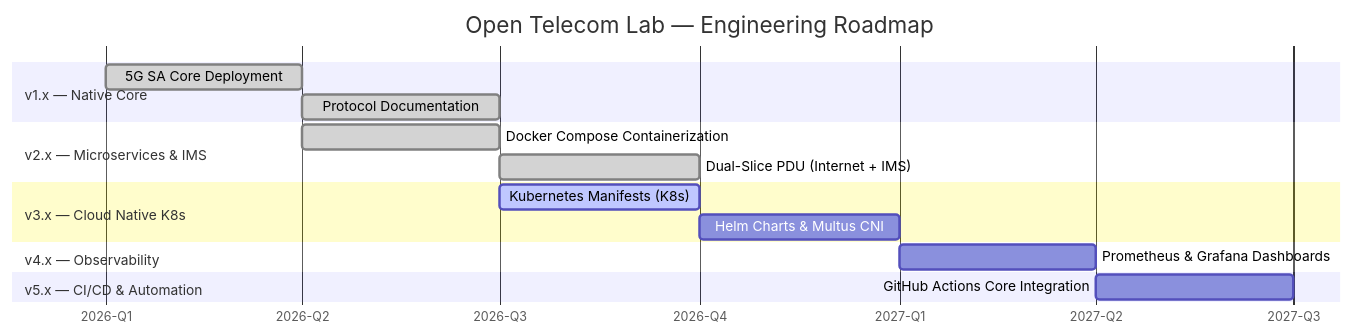
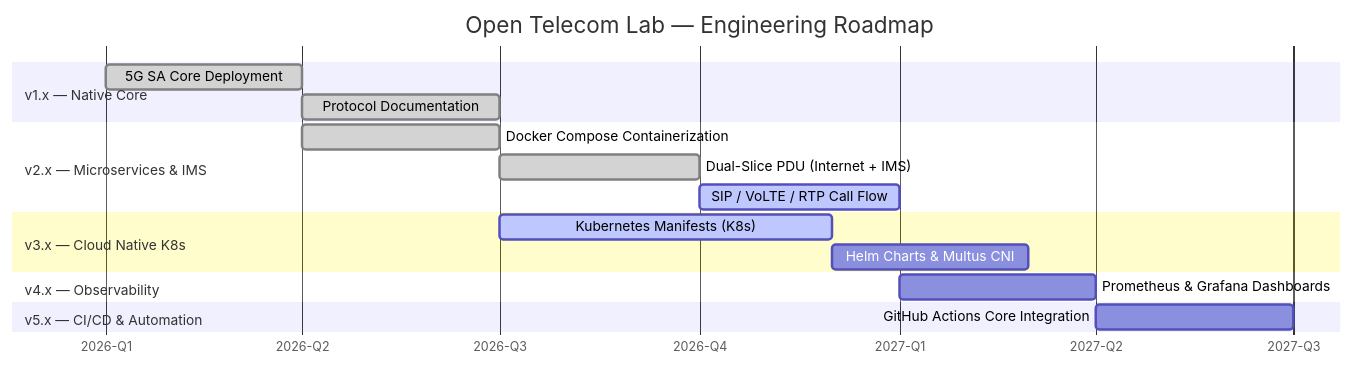
One commit to khattabpi/Open-Telecom-Lab changed the third of 3 diagrams in README.md. Above: the diagram before and after it, drawn with Mermaid. The commit also changed other lines of this file, not shown here.

First line of the commit message:
Revise README for architecture and documentation updates

````diff
--- a/README.md
+++ b/README.md
@@ -247,24 +623,25 @@
 ```mermaid
 gantt
     title Open Telecom Lab — Engineering Roadmap
     dateFormat YYYY-MM-DD
     axisFormat %Y-Q%q
 
     section v1.x — Native Core
     5G SA Core Deployment           :done,    v1a, 2026-01-01, 2026-04-01
     Protocol Documentation          :done,    v1b, 2026-04-01, 2026-07-01
 
     section v2.x — Microservices & IMS
     Docker Compose Containerization :done,    v2a, 2026-04-01, 2026-07-01
     Dual-Slice PDU (Internet + IMS) :done,    v2b, 2026-07-01, 2026-10-01
+    SIP / VoLTE / RTP Call Flow     :active,  v2c, 2026-10-01, 2027-01-01
 
     section v3.x — Cloud Native K8s
-    Kubernetes Manifests (K8s)      :active,  v3a, 2026-07-01, 2026-10-01
-    Helm Charts & Multus CNI        :         v3b, 2026-10-01, 2027-01-01
+    Kubernetes Manifests (K8s)      :active,  v3a, 2026-07-01, 2026-12-01
+    Helm Charts & Multus CNI        :         v3b, 2026-12-01, 2027-03-01
 
     section v4.x — Observability
     Prometheus & Grafana Dashboards :         v4a, 2027-01-01, 2027-04-01
 
     section v5.x — CI/CD & Automation
     GitHub Actions Core Integration  :         v5a, 2027-04-01, 2027-07-01
 ```
````
